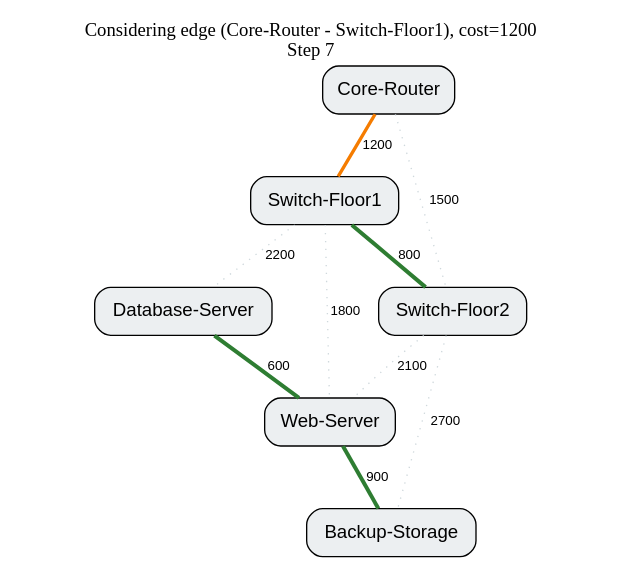
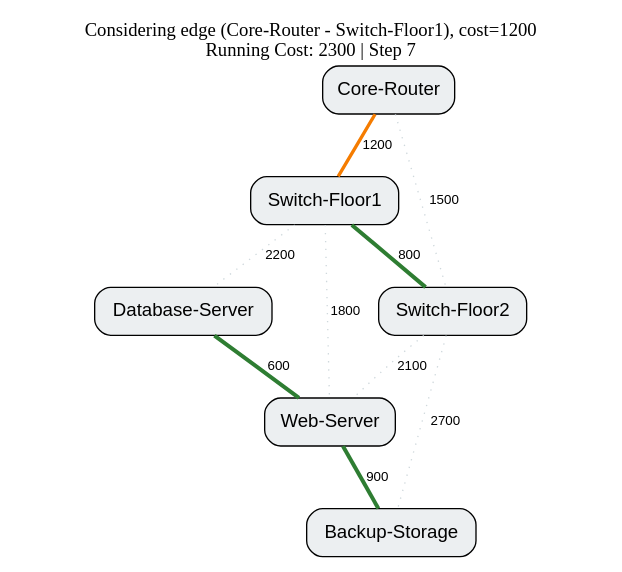
The diagram in docs/results/replay_frames/frame_007.dot (bariiqmalik/netopt), drawn with Graphviz before and after one commit. The commit also changed 64 other files, not shown here.

Commit message:
fix(replay): self-contained rendered HTML with graceful Graphviz fallback

```diff
--- a/docs/results/replay_frames/frame_007.dot
+++ b/docs/results/replay_frames/frame_007.dot
@@ -1,23 +1,23 @@
 graph Frame {
-  label="Considering edge (Core-Router - Switch-Floor1), cost=1200\nStep 7";
+  label="Considering edge (Core-Router - Switch-Floor1), cost=1200\nRunning Cost: 2300 | Step 7";
   labelloc="t";
   node [shape=box, style="filled,rounded", fillcolor="#ECEFF1", fontname="Helvetica"];
   edge [fontname="Helvetica", fontsize=10];
 
   1 [label="Core-Router"];
   2 [label="Switch-Floor1"];
   3 [label="Switch-Floor2"];
   4 [label="Database-Server"];
   5 [label="Web-Server"];
   6 [label="Backup-Storage"];
 
   1 -- 2 [label="1200", color="#F57C00", penwidth=2.5];
   1 -- 3 [label="1500", color="#CFD8DC", style="dotted"];
   2 -- 3 [label="800", color="#2E7D32", penwidth=3.0];
   2 -- 4 [label="2200", color="#CFD8DC", style="dotted"];
   2 -- 5 [label="1800", color="#CFD8DC", style="dotted"];
   3 -- 5 [label="2100", color="#CFD8DC", style="dotted"];
   3 -- 6 [label="2700", color="#CFD8DC", style="dotted"];
   4 -- 5 [label="600", color="#2E7D32", penwidth=3.0];
   5 -- 6 [label="900", color="#2E7D32", penwidth=3.0];
 }
```
